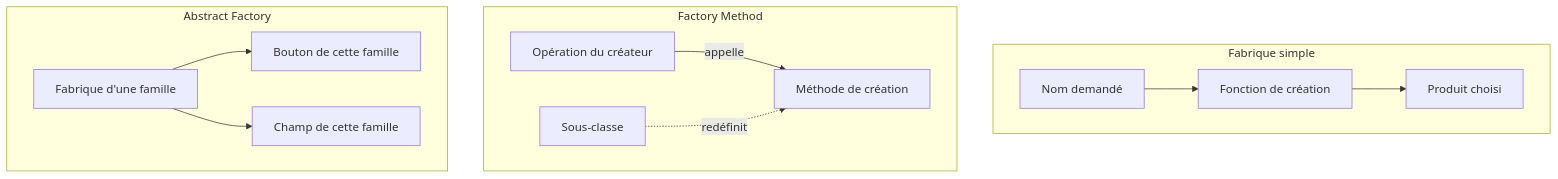
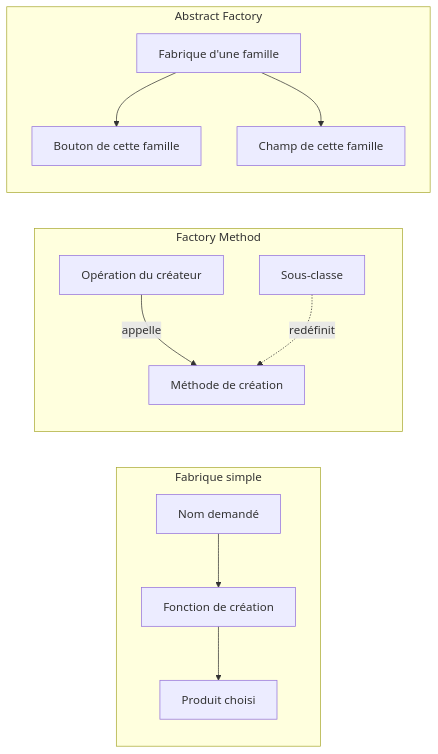
The first of 2 diagrams in src/cours/poo-patterns-frameworks/04-factory.md (theopaolo/dev-carnet), drawn with Mermaid before and after one commit. The commit also changed 6 other files, not shown here.

````diff
--- a/src/cours/poo-patterns-frameworks/04-factory.md
+++ b/src/cours/poo-patterns-frameworks/04-factory.md
@@ -24,17 +24,17 @@
 ```mermaid
-flowchart TB
+flowchart LR
   accTitle: Trois organisations de la création
   accDescr: Une fabrique simple choisit directement le produit. Dans Factory Method, une sous-classe redéfinit la création utilisée par une opération héritée. Une Abstract Factory crée plusieurs produits d'une même famille.
   subgraph Simple[Fabrique simple]
     Choix[Nom demandé] --> Fonction[Fonction de création]
     Fonction --> Produit[Produit choisi]
   end
   subgraph Methode[Factory Method]
     Operation[Opération du créateur] -->|appelle| Creation[Méthode de création]
     SousClasse[Sous-classe] -.->|redéfinit| Creation
   end
   subgraph Famille[Abstract Factory]
     Fabrique[Fabrique d'une famille] --> Bouton[Bouton de cette famille]
     Fabrique --> Champ[Champ de cette famille]
   end
 ```
````
